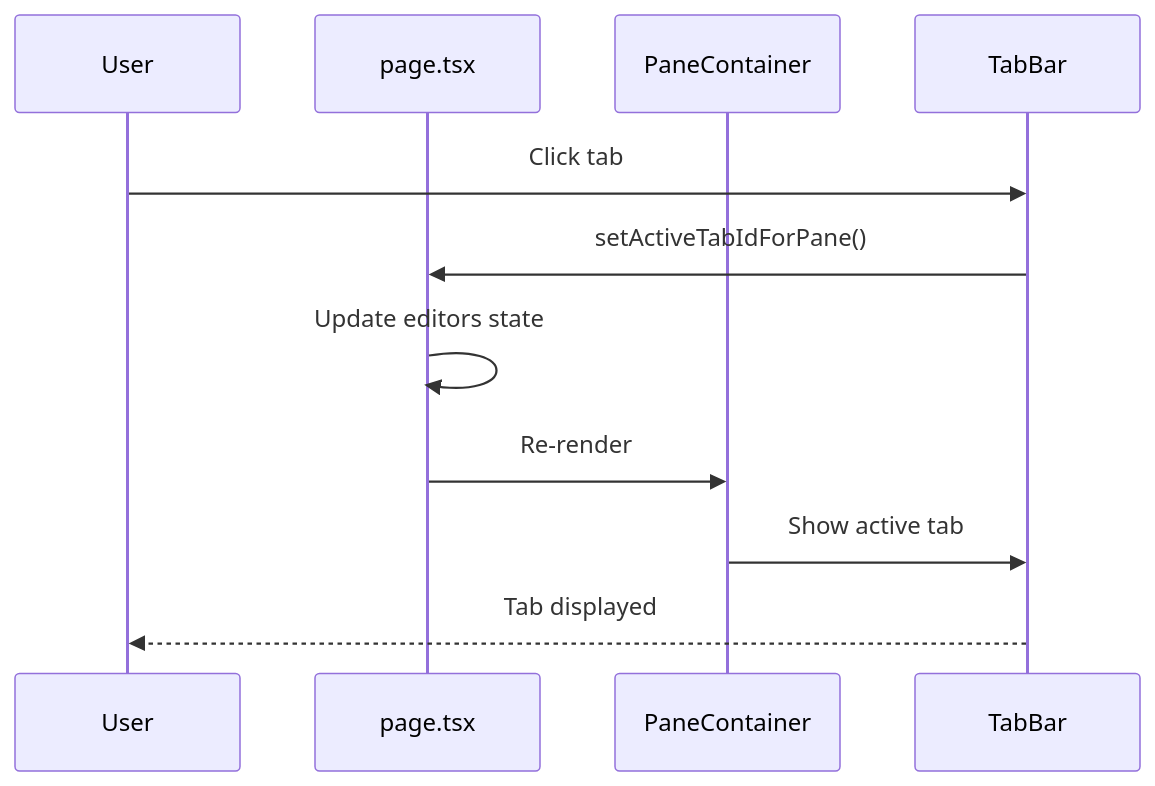
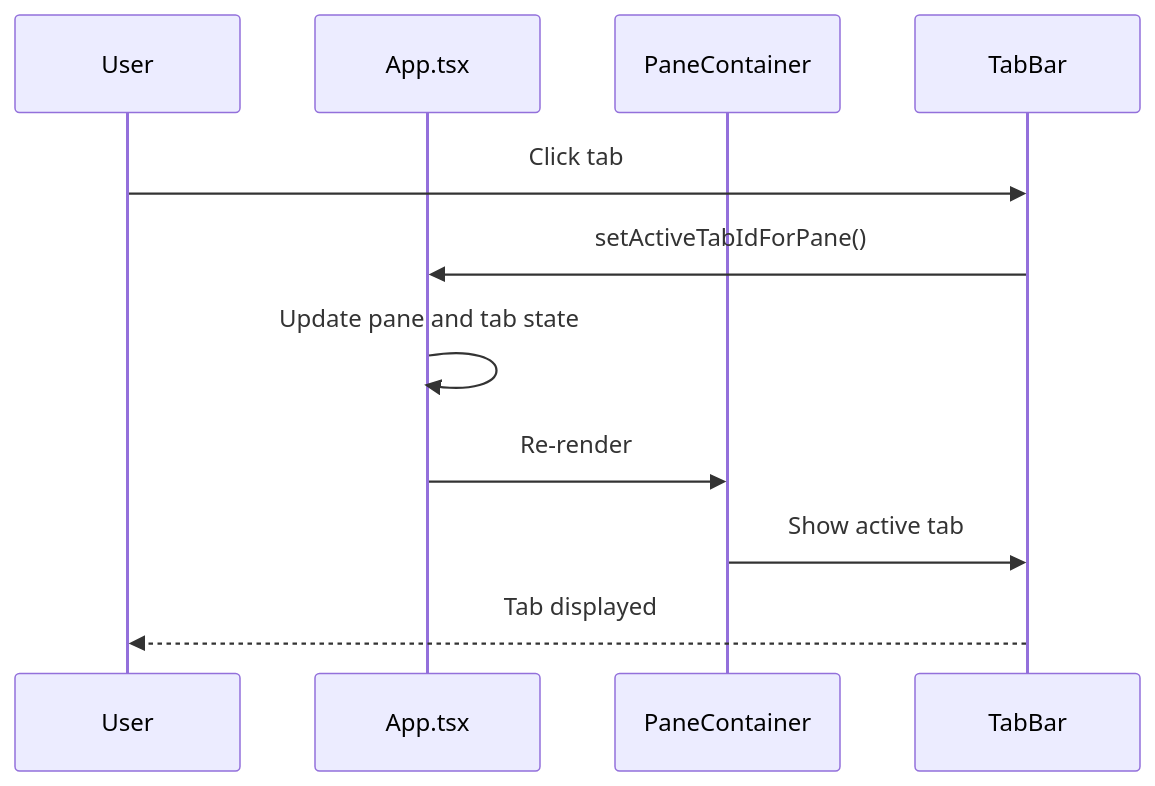
The fifth of 25 diagrams in docs/UI-COMPONENTS.md (Stasshe/Pyxis-CodeCanvas), drawn with Mermaid before and after one commit. The commit also changed other lines of this file and 330 other files, not shown here.

````diff
--- a/docs/UI-COMPONENTS.md
+++ b/docs/UI-COMPONENTS.md
@@ -137,14 +156,14 @@
 ```mermaid
 sequenceDiagram
     participant USER as User
-    participant PAGE as page.tsx
+    participant PAGE as App.tsx
     participant PANE as PaneContainer
     participant TAB as TabBar
 
     USER->>TAB: Click tab
     TAB->>PAGE: setActiveTabIdForPane()
-    PAGE->>PAGE: Update editors state
+    PAGE->>PAGE: Update pane and tab state
     PAGE->>PANE: Re-render
     PANE->>TAB: Show active tab
     TAB-->>USER: Tab displayed
 ```
````
